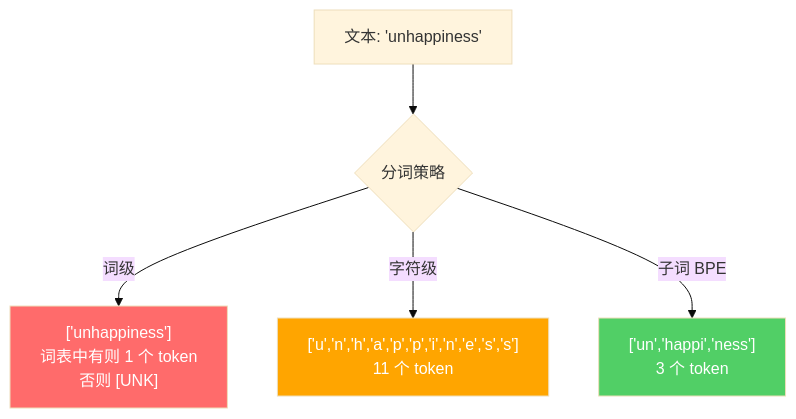
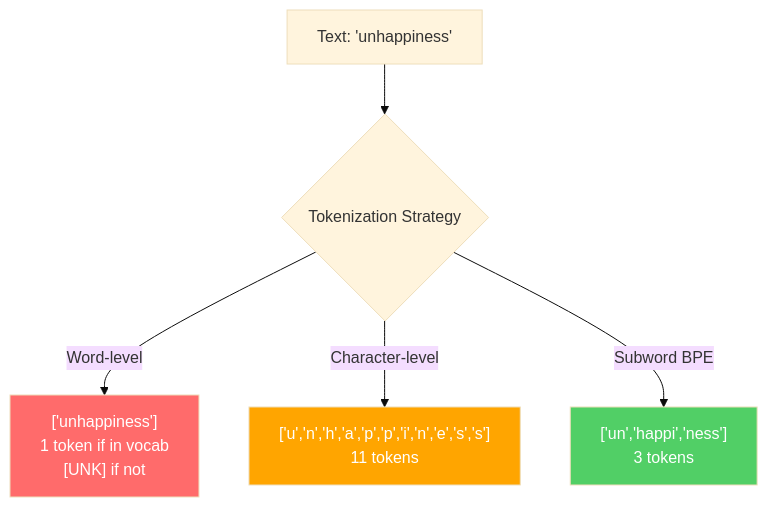
The first of 3 diagrams in i18n/zh/phases/10-llms-from-scratch/01-tokenizers/docs/zh.md (xiaojiaenen/ai-engineering-from-scratch-zh), drawn with Mermaid (base theme) before and after one commit. The commit also changed other lines of this file and 24 other files, not shown here.

````diff
--- a/i18n/zh/phases/10-llms-from-scratch/01-tokenizers/docs/zh.md
+++ b/i18n/zh/phases/10-llms-from-scratch/01-tokenizers/docs/zh.md
@@ -41,11 +41,11 @@
 ```mermaid
 graph TD
-    A["文本: 'unhappiness'"] --> B{"分词策略"}
-    B -->|词级| C["['unhappiness']\n词表中有则 1 个 token\n否则 [UNK]"]
-    B -->|字符级| D["['u','n','h','a','p','p','i','n','e','s','s']\n11 个 token"]
-    B -->|子词 BPE| E["['un','happi','ness']\n3 个 token"]
+    A["Text: 'unhappiness'"] --> B{"Tokenization Strategy"}
+    B -->|Word-level| C["['unhappiness']\n1 token if in vocab\n[UNK] if not"]
+    B -->|Character-level| D["['u','n','h','a','p','p','i','n','e','s','s']\n11 tokens"]
+    B -->|Subword BPE| E["['un','happi','ness']\n3 tokens"]
 
     style C fill:#ff6b6b,color:#fff
     style D fill:#ffa500,color:#fff
     style E fill:#51cf66,color:#fff
 ```
````
